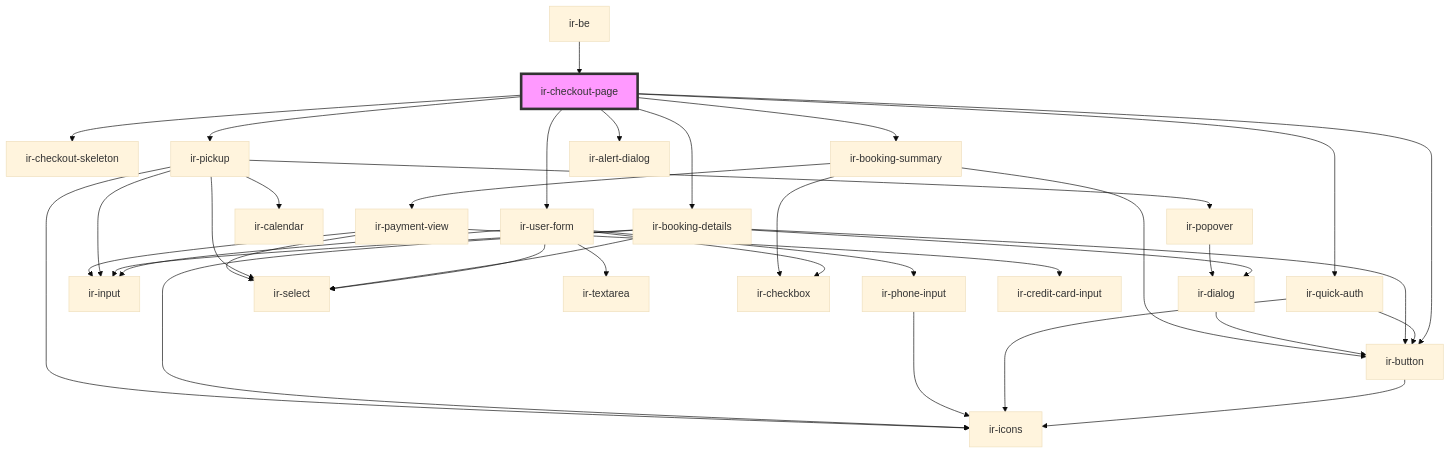
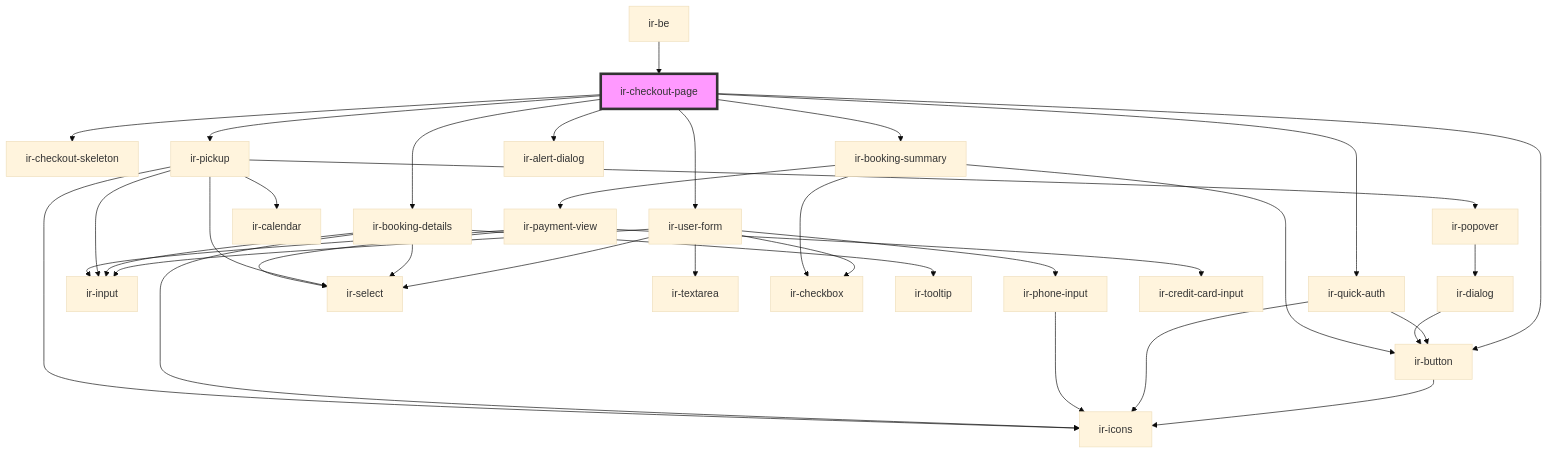
The diagram in src/components/ir-booking-engine/ir-checkout-page/readme.md (RonyRizk/ir-be), drawn with Mermaid (base theme) before and after one commit. The commit also changed 15 other files, not shown here.

````diff
--- a/src/components/ir-booking-engine/ir-checkout-page/readme.md
+++ b/src/components/ir-booking-engine/ir-checkout-page/readme.md
@@ -33,40 +33,39 @@
 ```mermaid
 graph TD;
   ir-checkout-page --> ir-checkout-skeleton
   ir-checkout-page --> ir-button
   ir-checkout-page --> ir-quick-auth
   ir-checkout-page --> ir-user-form
   ir-checkout-page --> ir-booking-details
   ir-checkout-page --> ir-pickup
   ir-checkout-page --> ir-booking-summary
   ir-checkout-page --> ir-alert-dialog
   ir-button --> ir-icons
   ir-quick-auth --> ir-icons
   ir-quick-auth --> ir-button
   ir-user-form --> ir-input
   ir-user-form --> ir-phone-input
   ir-user-form --> ir-select
   ir-user-form --> ir-textarea
   ir-user-form --> ir-checkbox
   ir-phone-input --> ir-icons
   ir-booking-details --> ir-icons
   ir-booking-details --> ir-select
-  ir-booking-details --> ir-button
+  ir-booking-details --> ir-tooltip
   ir-booking-details --> ir-input
-  ir-booking-details --> ir-dialog
-  ir-dialog --> ir-button
   ir-pickup --> ir-icons
   ir-pickup --> ir-select
   ir-pickup --> ir-popover
   ir-pickup --> ir-calendar
   ir-pickup --> ir-input
   ir-popover --> ir-dialog
+  ir-dialog --> ir-button
   ir-booking-summary --> ir-button
   ir-booking-summary --> ir-payment-view
   ir-booking-summary --> ir-checkbox
   ir-payment-view --> ir-input
   ir-payment-view --> ir-credit-card-input
   ir-payment-view --> ir-select
   ir-be --> ir-checkout-page
   style ir-checkout-page fill:#f9f,stroke:#333,stroke-width:4px
 ```
````
